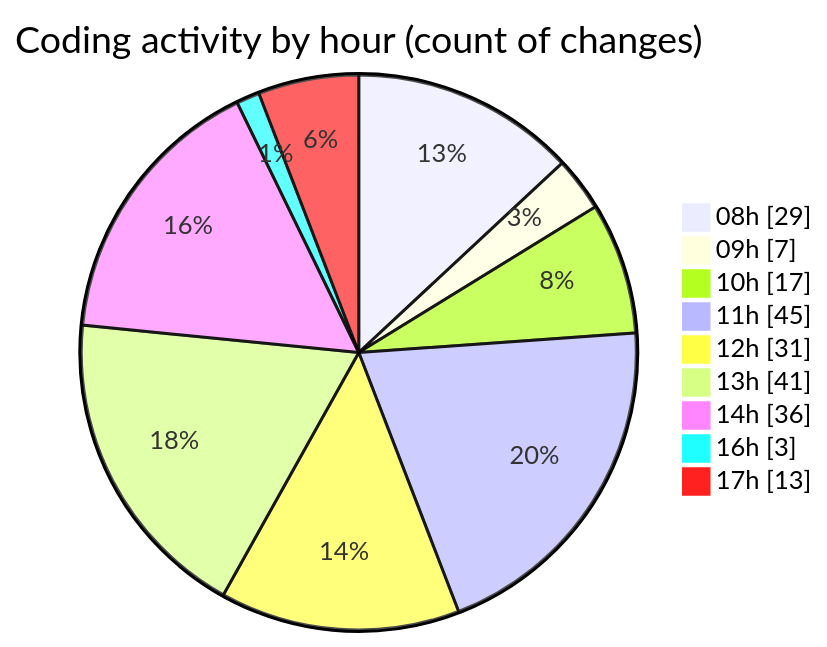
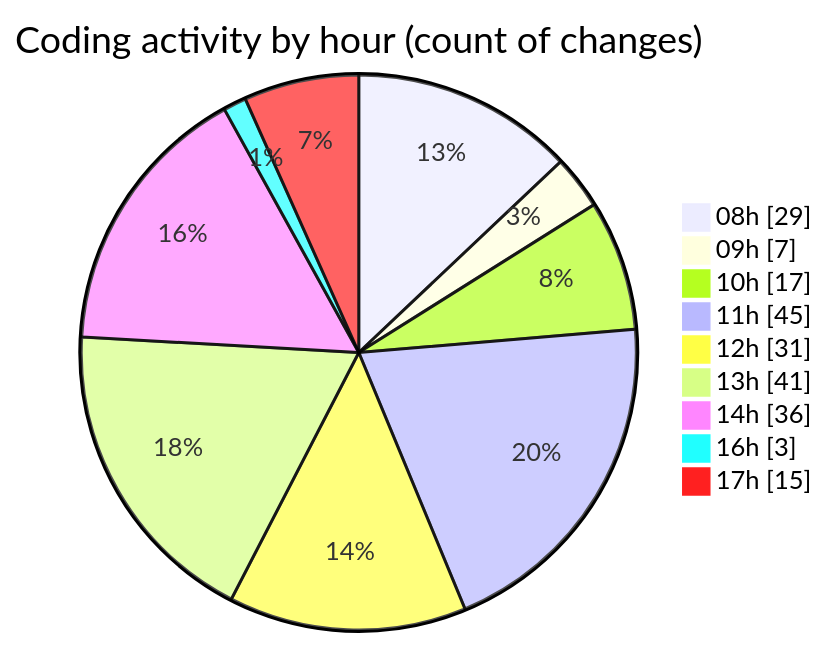
The second of 2 diagrams in 2025-04-09/cda/README.md (momahboobian/code-tracking), drawn with Mermaid before and after one commit. The commit also changed other lines of this file and 1 other file, not shown here.

````diff
--- a/2025-04-09/cda/README.md
+++ b/2025-04-09/cda/README.md
@@ -58,13 +59,13 @@
 ```mermaid
 pie showData
 title Coding activity by hour (count of changes)
 "08h" : 29
 "09h" : 7
 "10h" : 17
 "11h" : 45
 "12h" : 31
 "13h" : 41
 "14h" : 36
 "16h" : 3
-"17h" : 13
+"17h" : 15
 ```
````
